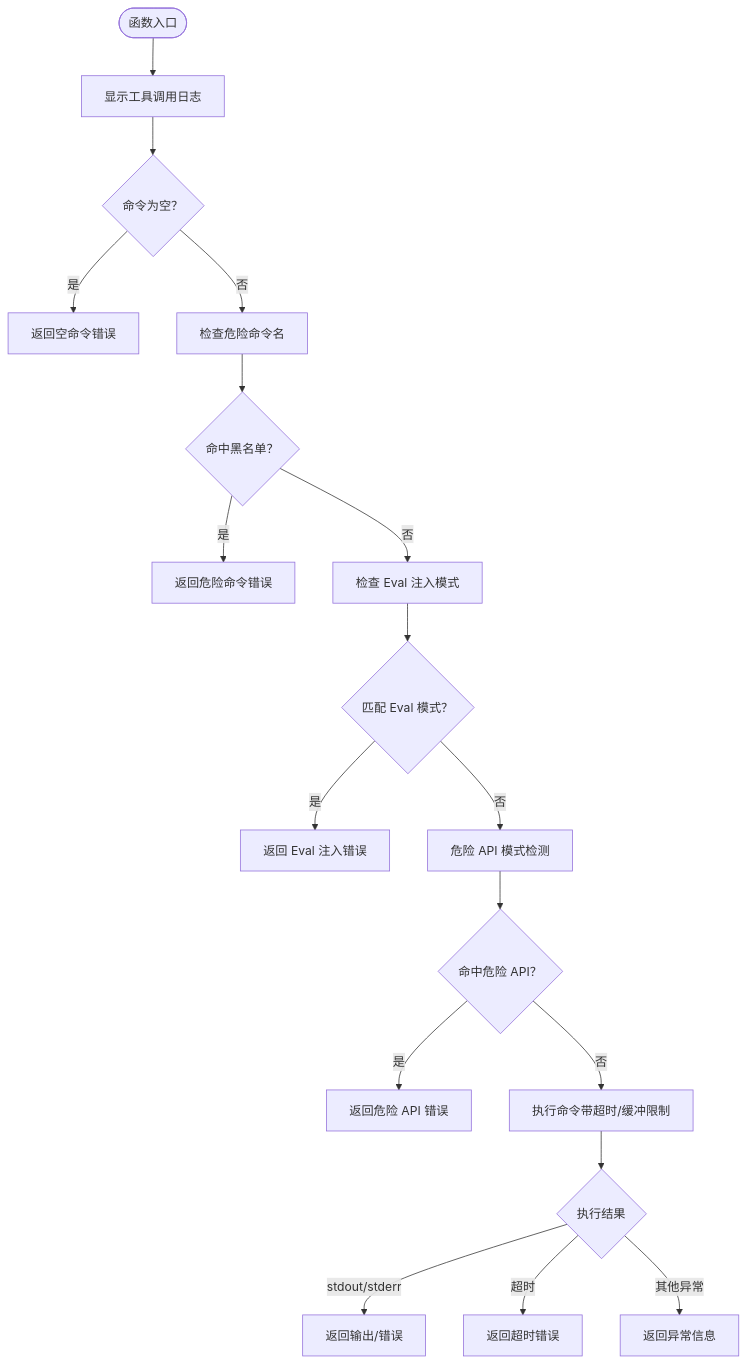
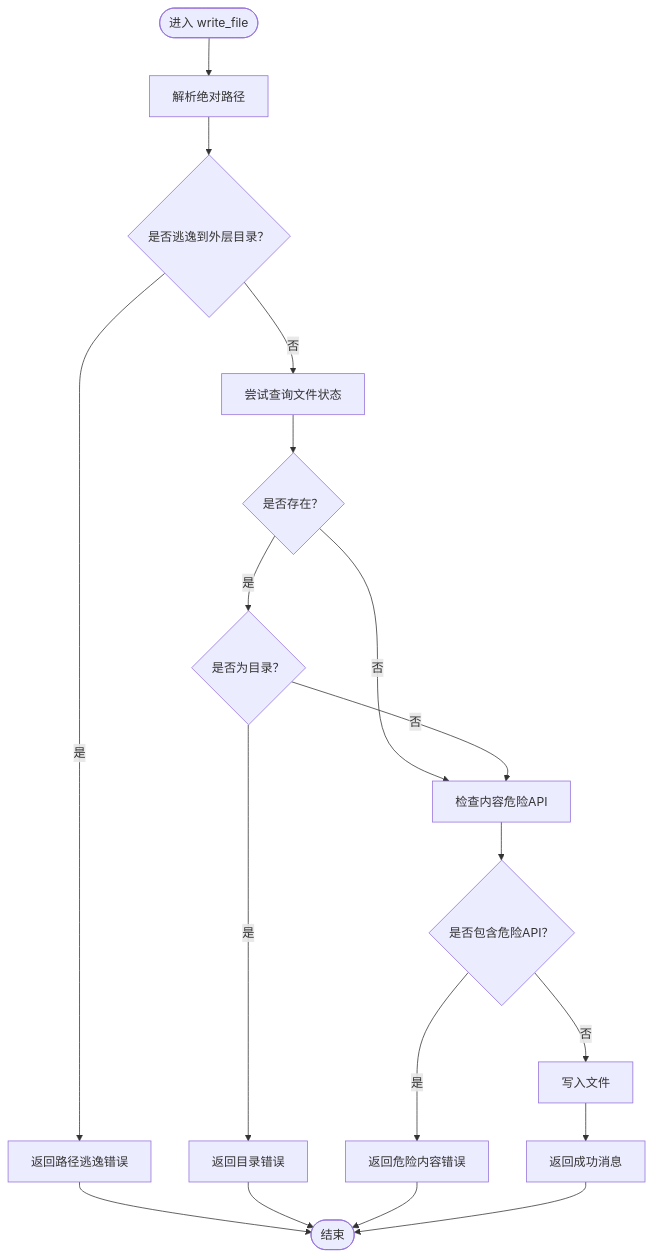
One commit to HAOFUYANG/onion-code changed the fourth of 7 diagrams in .qoder/repowiki/zh/content/工具系统/工具系统.md. Above: the diagram before and after it, drawn with Mermaid. The commit also changed other lines of this file and 58 other files, not shown here.

````diff
--- a/.qoder/repowiki/zh/content/工具系统/工具系统.md
+++ b/.qoder/repowiki/zh/content/工具系统/工具系统.md
@@ -260,20 +183,20 @@
 ```mermaid
 flowchart TD
-Start(["函数入口"]) --> Log["显示工具调用日志"]
-Log --> Empty{"命令为空？"}
-Empty --> |是| E1["返回空命令错误"]
-Empty --> |否| Check1["检查危险命令名"]
-Check1 --> Block1{"命中黑名单？"}
-Block1 --> |是| B1["返回危险命令错误"]
-Block1 --> |否| Check2["检查 Eval 注入模式"]
-Check2 --> Block2{"匹配 Eval 模式？"}
-Block2 --> |是| B2["返回 Eval 注入错误"]
-Block2 --> |否| Check3["危险 API 模式检测"]
-Check3 --> Block3{"命中危险 API？"}
-Block3 --> |是| B3["返回危险 API 错误"]
-Block3 --> |否| Exec["执行命令带超时/缓冲限制"]
-Exec --> Out{"执行结果"}
-Out --> |stdout/stderr| R1["返回输出/错误"]
-Out --> |超时| R2["返回超时错误"]
-Out --> |其他异常| R3["返回异常信息"]
+Start(["进入 write_file"]) --> Resolve["解析绝对路径"]
+Resolve --> CheckEscape{"是否逃逸到外层目录？"}
+CheckEscape --> |是| ErrEscape["返回路径逃逸错误"]
+CheckEscape --> |否| TryStat["尝试查询文件状态"]
+TryStat --> Exists{"是否存在？"}
+Exists --> |否| CheckContent["检查内容危险API"]
+Exists --> |是| IsDir{"是否为目录？"}
+IsDir --> |是| ErrIsDir["返回目录错误"]
+IsDir --> |否| CheckContent
+CheckContent --> HasDanger{"是否包含危险API？"}
+HasDanger --> |是| ErrDanger["返回危险内容错误"]
+HasDanger --> |否| Write["写入文件"]
+Write --> Ok["返回成功消息"]
+ErrEscape --> End(["结束"])
+ErrIsDir --> End
+ErrDanger --> End
+Ok --> End
 ```
````
